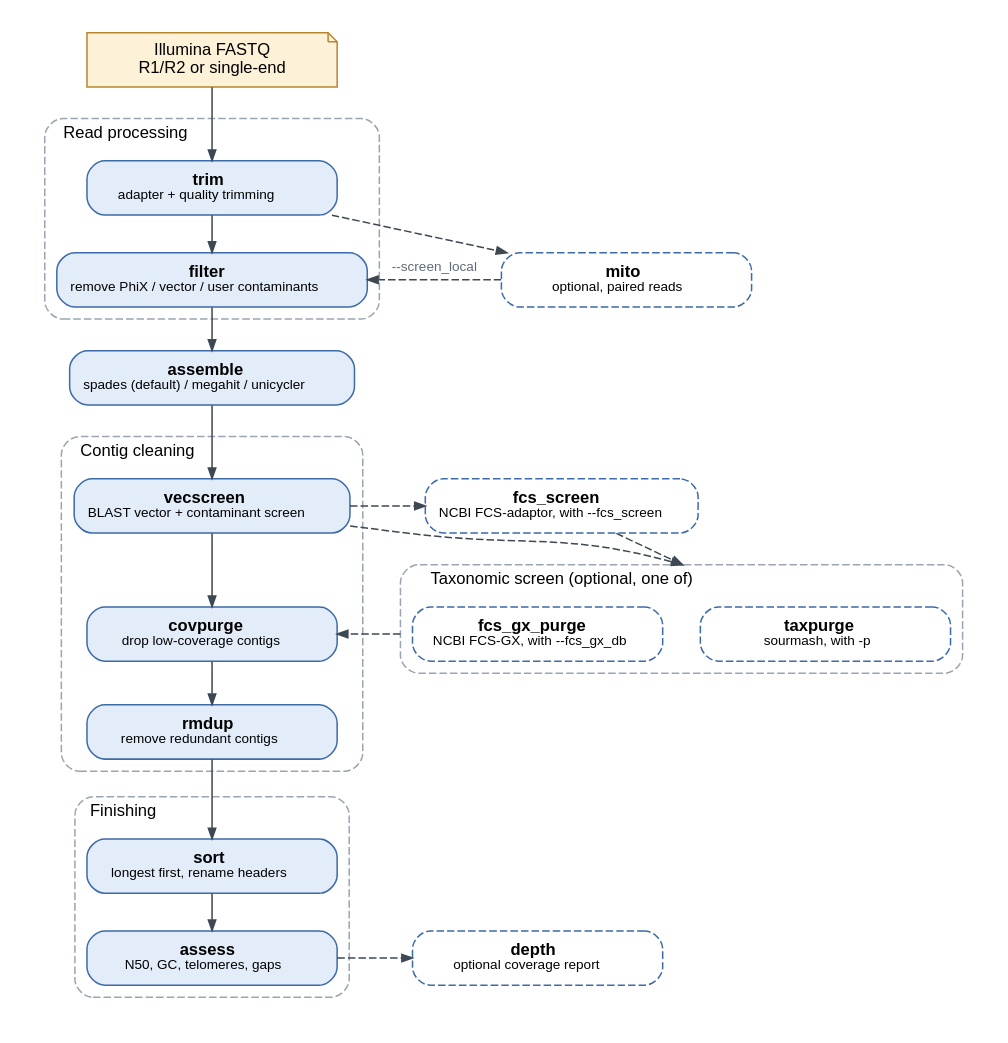
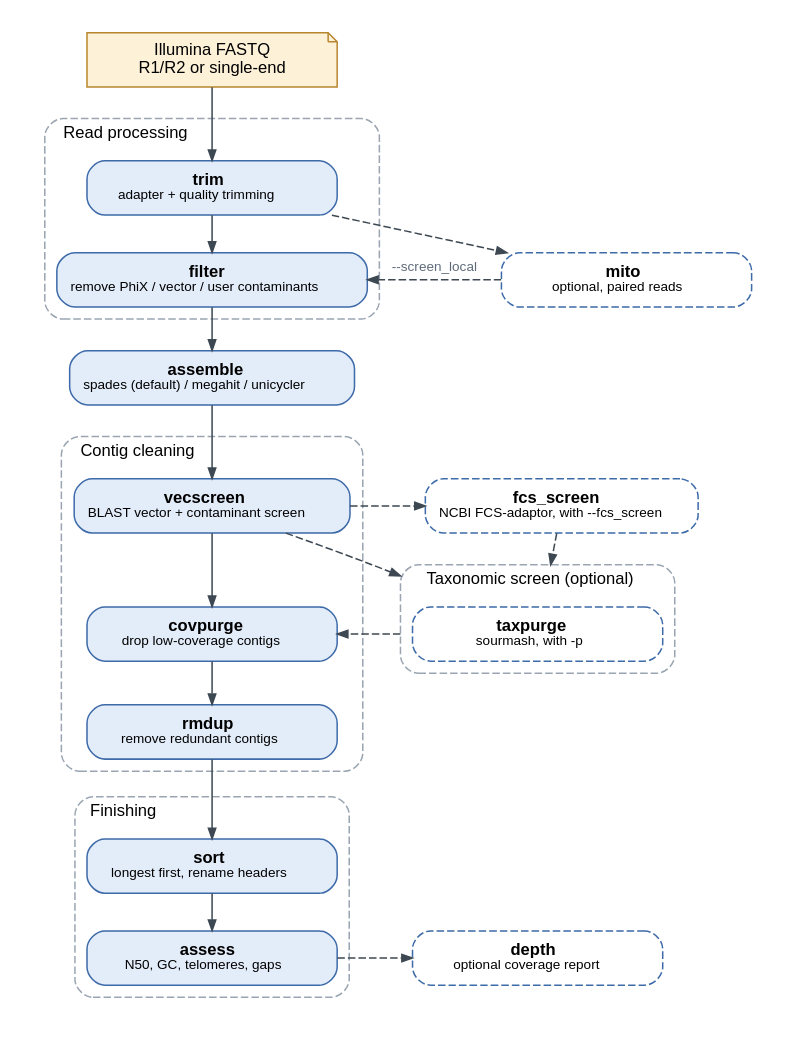
The first of 3 diagrams in docs/workflow.rst (stajichlab/AAFTF), drawn with Graphviz before and after one commit. The commit also changed other lines of this file and 13 other files, not shown here.

First line of the commit message:
Refactor documentation and tests for fcs_gx_purge and related commands

```diff
--- a/docs/workflow.rst
+++ b/docs/workflow.rst
@@ -34,43 +34,42 @@
 .. graphviz::
    :align: center
 
    digraph pipeline_short {
        graph [compound=true, bgcolor="white", pad="0.2", fontname="Helvetica", fontsize=11, nodesep=0.35, ranksep=0.32, newrank=true, labeljust=l, color="#9aa5b1", style="rounded,dashed"]
        node [shape=box, style="rounded,filled", fillcolor="#e3ecf9", color="#3d6aa8", fontname="Helvetica", fontsize=11, width=2.3, height=0.5, margin="0.12,0.05"]
        edge [color="#3d4852", arrowsize=0.7, fontname="Helvetica", fontsize=9, fontcolor="#5f6b7a"]
        reads [label="Illumina FASTQ\nR1/R2 or single-end", shape=note, fillcolor="#fdf1d8", color="#b7862d"]
        subgraph cluster_reads { label="Read processing"
            trim [label=<<b>trim</b><br/><font point-size="9">adapter + quality trimming</font>>]
            filter [label=<<b>filter</b><br/><font point-size="9">remove PhiX / vector / user contaminants</font>>]
        }
        mito [label=<<b>mito</b><br/><font point-size="9">optional, paired reads</font>>, style="rounded,dashed", fillcolor=white]
        assemble [label=<<b>assemble</b><br/><font point-size="9">spades (default) / megahit / unicycler</font>>]
        subgraph cluster_clean { label="Contig cleaning"
            vecscreen [label=<<b>vecscreen</b><br/><font point-size="9">BLAST vector + contaminant screen</font>>]
            covpurge [label=<<b>covpurge</b><br/><font point-size="9">drop low-coverage contigs</font>>]
            rmdup [label=<<b>rmdup</b><br/><font point-size="9">remove redundant contigs</font>>]
        }
-       subgraph cluster_taxonomy { label="Taxonomic screen (optional, one of)"
+       subgraph cluster_taxonomy { label="Taxonomic screen (optional)"
            taxpurge [label=<<b>taxpurge</b><br/><font point-size="9">sourmash, with -p</font>>, style="rounded,dashed", fillcolor=white]
-           fcs_gx [label=<<b>fcs_gx_purge</b><br/><font point-size="9">NCBI FCS-GX, with --fcs_gx_db</font>>, style="rounded,dashed", fillcolor=white]
        }
        fcs_screen [label=<<b>fcs_screen</b><br/><font point-size="9">NCBI FCS-adaptor, with --fcs_screen</font>>, style="rounded,dashed", fillcolor=white]
        subgraph cluster_finish { label="Finishing"
            sort [label=<<b>sort</b><br/><font point-size="9">longest first, rename headers</font>>]
            assess [label=<<b>assess</b><br/><font point-size="9">N50, GC, telomeres, gaps</font>>]
        }
        depth [label=<<b>depth</b><br/><font point-size="9">optional coverage report</font>>, style="rounded,dashed", fillcolor=white]
 
        reads -> trim -> filter -> assemble -> vecscreen -> covpurge -> rmdup -> sort -> assess [weight=10]
        trim -> mito [style=dashed]
        mito -> filter [style=dashed, label=" --screen_local"]
        vecscreen -> fcs_screen [style=dashed]
        {rank=same; vecscreen; fcs_screen}
        vecscreen -> taxpurge [style=dashed, lhead=cluster_taxonomy]
        fcs_screen -> taxpurge [style=dashed, lhead=cluster_taxonomy, constraint=false]
-       fcs_gx -> covpurge [style=dashed, ltail=cluster_taxonomy]
+       taxpurge -> covpurge [style=dashed, ltail=cluster_taxonomy]
        assess -> depth [style=dashed]
        {rank=same; filter; mito}
-       {rank=same; covpurge; taxpurge; fcs_gx}
+       {rank=same; covpurge; taxpurge}
        {rank=same; assess; depth}
    }
```
